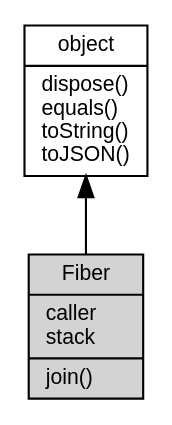
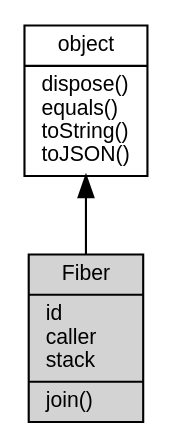
The diagram in docs/manual/object/ifs/Fiber.md (fibjs/fibjs.org), drawn with Graphviz before and after one commit. The commit also changed other lines of this file and 289 other files, not shown here.

````diff
--- a/docs/manual/object/ifs/Fiber.md
+++ b/docs/manual/object/ifs/Fiber.md
@@ -48,10 +48,10 @@
 ```dot
 digraph {
     node [fontname="Helvetica,sans-Serif", fontsize=10, shape="record", style="filled", fillcolor="white"];
 
     object [tooltip="object", URL="object.md", label="{object|dispose()\lequals()\ltoString()\ltoJSON()\l}"];
-    Fiber [tooltip="Fiber", fillcolor="lightgray", label="{Fiber|caller\lstack\l|join()\l}"];
+    Fiber [tooltip="Fiber", fillcolor="lightgray", id="me", label="{Fiber|id\lcaller\lstack\l|join()\l}"];
 
     object -> Fiber [dir=back];
 }
 ```
````
